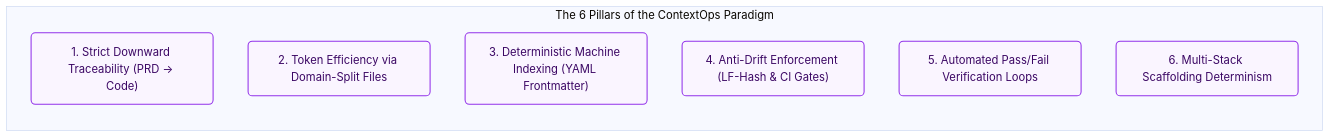
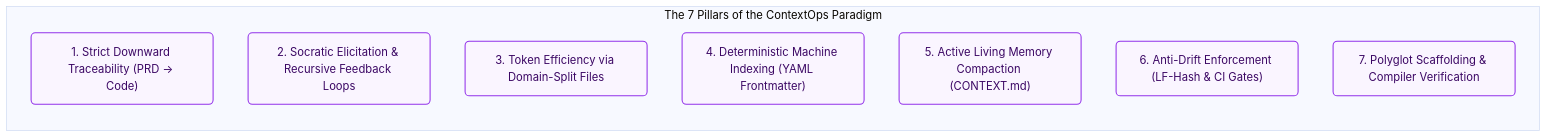
One commit to seismael/GenOps changed the second of 3 diagrams in docs/architecture/RFC-001-contextops-architecture.md. Above: the diagram before and after it, drawn with Mermaid. The commit also changed other lines of this file and 46 other files, not shown here.

Commit message:
feat: implement GenOps scaffolding system with multi-language templates, agentic skill definitions, and architectural workflow documentation

````diff
--- a/docs/architecture/RFC-001-contextops-architecture.md
+++ b/docs/architecture/RFC-001-contextops-architecture.md
@@ -39,16 +39,17 @@
 ```mermaid
 %%{init: {'theme': 'base', 'themeVariables': { 'fontFamily': 'Inter, system-ui, sans-serif', 'lineColor': '#64748b', 'primaryTextColor': '#0f172a' }}}%%
 flowchart TB
-    subgraph Pillars ["The 6 Pillars of the ContextOps Paradigm"]
+    subgraph Pillars ["The 7 Pillars of the ContextOps Paradigm"]
         direction TB
         P1["1. Strict Downward Traceability (PRD → Code)"]
-        P2["2. Token Efficiency via Domain-Split Files"]
-        P3["3. Deterministic Machine Indexing (YAML Frontmatter)"]
-        P4["4. Anti-Drift Enforcement (LF-Hash & CI Gates)"]
-        P5["5. Automated Pass/Fail Verification Loops"]
-        P6["6. Multi-Stack Scaffolding Determinism"]
+        P2["2. Socratic Elicitation & Recursive Feedback Loops"]
+        P3["3. Token Efficiency via Domain-Split Files"]
+        P4["4. Deterministic Machine Indexing (YAML Frontmatter)"]
+        P5["5. Active Living Memory Compaction (CONTEXT.md)"]
+        P6["6. Anti-Drift Enforcement (LF-Hash & CI Gates)"]
+        P7["7. Polyglot Scaffolding & Compiler Verification"]
     end
 
     classDef pBox fill:#faf5ff,stroke:#9333ea,stroke-width:1.5px,color:#3b0764,rx:6px,ry:6px;
-    class P1,P2,P3,P4,P5,P6 pBox;
+    class P1,P2,P3,P4,P5,P6,P7 pBox;
 ```
````
